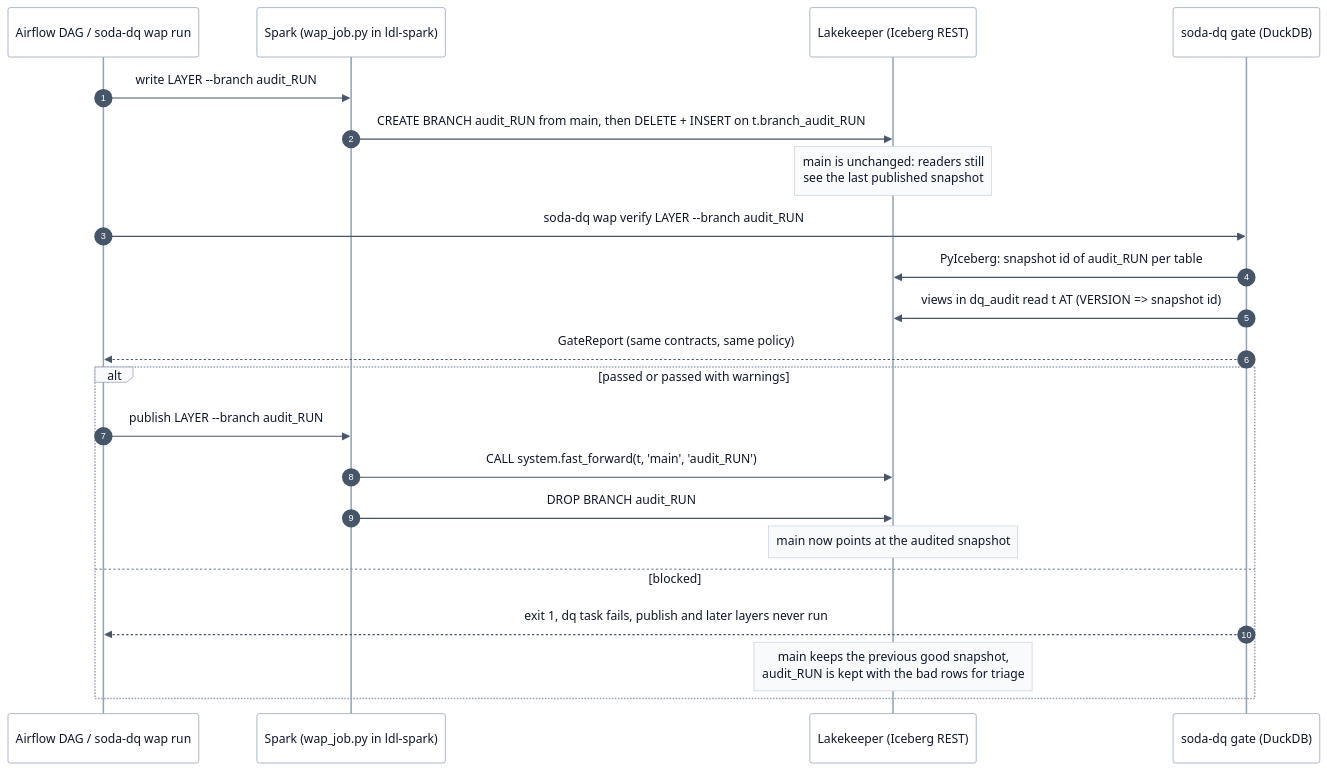
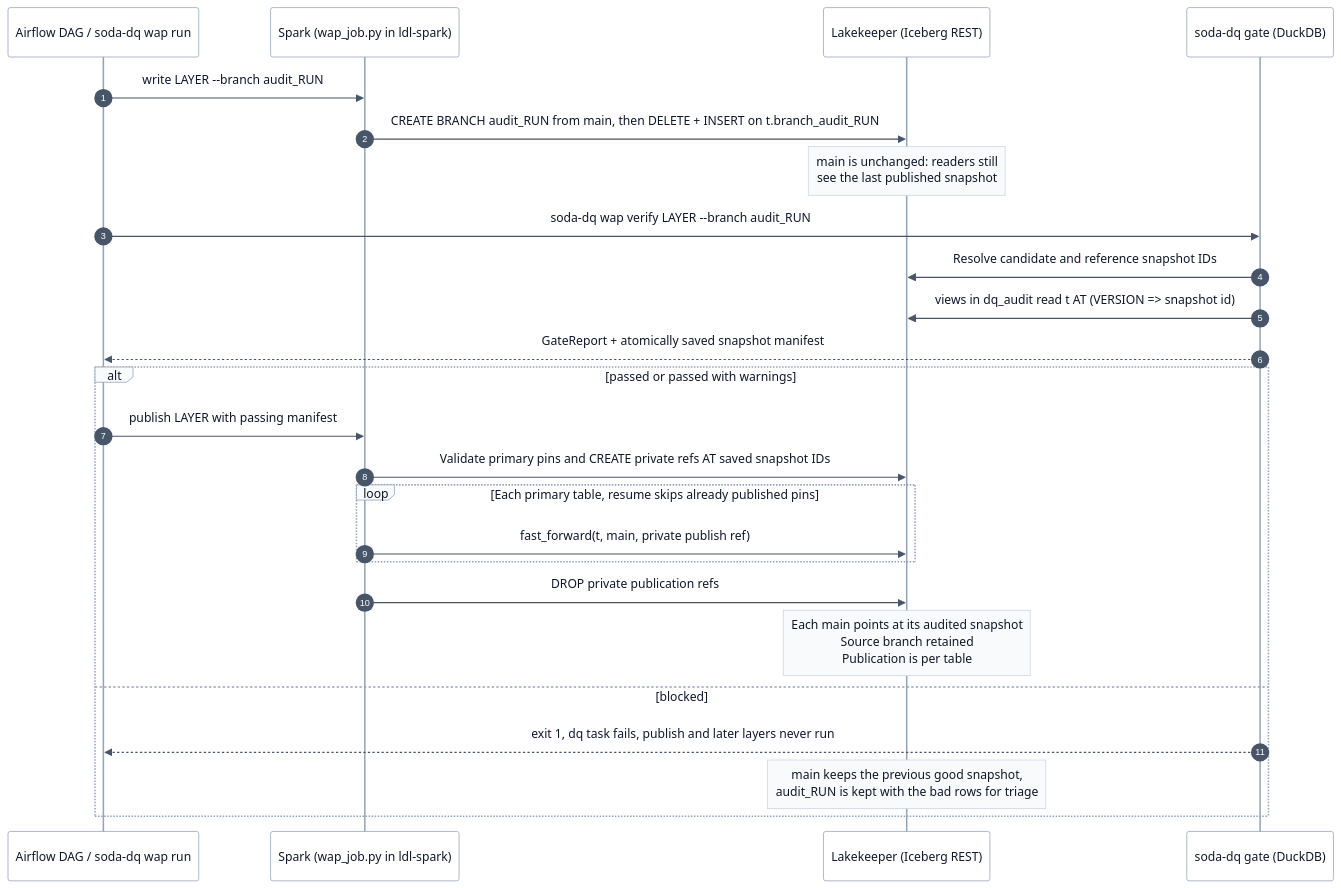
Before and after one commit to santoshshinde2012/lakehouse-quality-gates: the diagram in docs/diagrams/wap-sequence.mmd, drawn with Mermaid. The commit also changed 422 other files, not shown here.

```diff
--- a/docs/diagrams/wap-sequence.mmd
+++ b/docs/diagrams/wap-sequence.mmd
@@ -1,27 +1,30 @@
 %%{init: {'theme':'base','themeVariables':{'fontFamily':'Inter, system-ui, -apple-system, Segoe UI, Helvetica, Arial, sans-serif','fontSize':'14px','primaryColor':'#ffffff','primaryTextColor':'#0f172a','primaryBorderColor':'#94a3b8','secondaryColor':'#f8fafc','tertiaryColor':'#f8fafc','lineColor':'#64748b','textColor':'#0f172a','clusterBkg':'#f8fafc','clusterBorder':'#cbd5e1','titleColor':'#334155','edgeLabelBackground':'#ffffff','noteBkgColor':'#f8fafc','noteTextColor':'#0f172a','noteBorderColor':'#cbd5e1','actorBkg':'#ffffff','actorBorder':'#94a3b8','actorTextColor':'#0f172a','actorLineColor':'#94a3b8','signalColor':'#475569','signalTextColor':'#0f172a','labelBoxBkgColor':'#f8fafc','labelBoxBorderColor':'#94a3b8','labelTextColor':'#0f172a','loopTextColor':'#0f172a','activationBkgColor':'#eef2ff','activationBorderColor':'#4f46e5','sequenceNumberColor':'#ffffff','classText':'#0f172a','xyChart':{'backgroundColor':'#ffffff','plotColorPalette':'#4f46e5, #d97706, #0d9488','titleColor':'#0f172a','xAxisLabelColor':'#334155','yAxisLabelColor':'#334155','xAxisLineColor':'#94a3b8','yAxisLineColor':'#94a3b8'}}}}%%
 %% Title: Write-audit-publish
 %% Purpose: How each layer stays on an Iceberg audit branch until its gate passes
 %% Last updated: 2026-10-14
 %% Theme: docs/diagrams/THEME.md (shared init line above). Edit here, then run: make diagrams
 sequenceDiagram
   autonumber
   participant AF as Airflow DAG / soda-dq wap run
   participant SP as Spark (wap_job.py in ldl-spark)
   participant LK as Lakekeeper (Iceberg REST)
   participant DQ as soda-dq gate (DuckDB)
   AF->>SP: write LAYER --branch audit_RUN
   SP->>LK: CREATE BRANCH audit_RUN from main, then DELETE + INSERT on t.branch_audit_RUN
   Note over LK: main is unchanged: readers still<br/>see the last published snapshot
   AF->>DQ: soda-dq wap verify LAYER --branch audit_RUN
-  DQ->>LK: PyIceberg: snapshot id of audit_RUN per table
+  DQ->>LK: Resolve candidate and reference snapshot IDs
   DQ->>LK: views in dq_audit read t AT (VERSION => snapshot id)
-  DQ-->>AF: GateReport (same contracts, same policy)
+  DQ-->>AF: GateReport + atomically saved snapshot manifest
   alt passed or passed with warnings
-    AF->>SP: publish LAYER --branch audit_RUN
-    SP->>LK: CALL system.fast_forward(t, 'main', 'audit_RUN')
-    SP->>LK: DROP BRANCH audit_RUN
-    Note over LK: main now points at the audited snapshot
+    AF->>SP: publish LAYER with passing manifest
+    SP->>LK: Validate primary pins and CREATE private refs AT saved snapshot IDs
+    loop Each primary table, resume skips already published pins
+      SP->>LK: fast_forward(t, main, private publish ref)
+    end
+    SP->>LK: DROP private publication refs
+    Note over LK: Each main points at its audited snapshot<br/>Source branch retained<br/>Publication is per table
   else blocked
     DQ-->>AF: exit 1, dq task fails, publish and later layers never run
     Note over LK: main keeps the previous good snapshot,<br/>audit_RUN is kept with the bad rows for triage
   end
```
